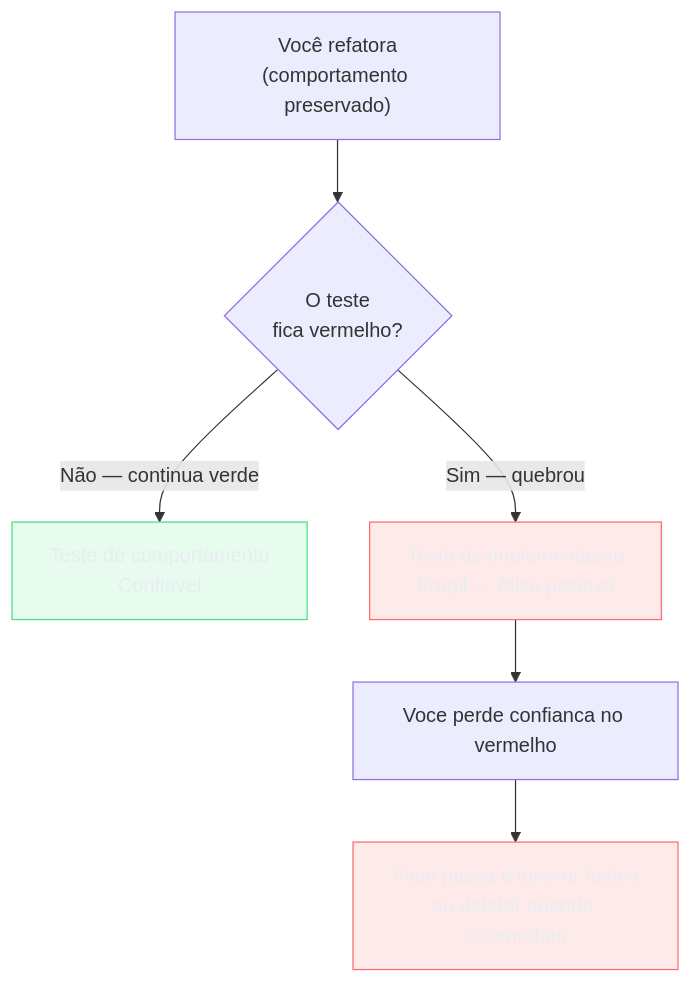
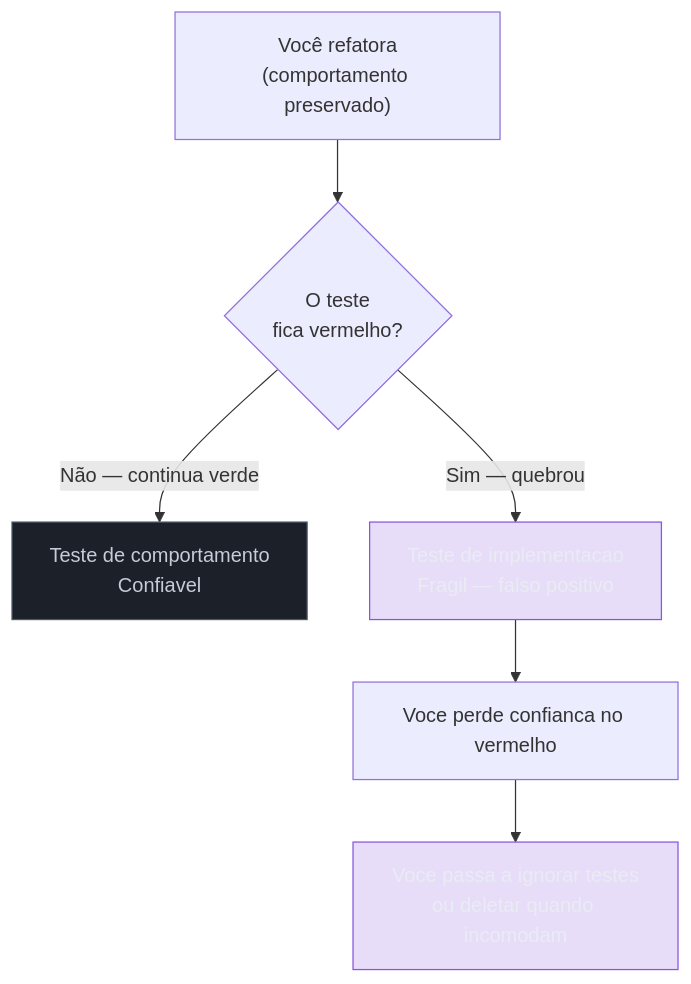
One commit to josenaldo/codex-technomanticus changed the first of 5 diagrams in 03-Dominios/Engenharia/Testes/06 - Testar comportamento, não implementação.md. Above: the diagram before and after it, drawn with Mermaid. The commit also changed other lines of this file and 601 other files, not shown here.

````diff
--- a/03-Dominios/Engenharia/Testes/06 - Testar comportamento, não implementação.md
+++ b/03-Dominios/Engenharia/Testes/06 - Testar comportamento, não implementação.md
@@ -41,14 +41,14 @@
 ```mermaid
 flowchart TD
-    classDef ok fill:#4ADE8021,stroke:#4ADE80,color:#E9ECF2
-    classDef falha fill:#FF6B6B24,stroke:#FF6B6B,color:#E9ECF2
+    classDef marca fill:#8855DF33,stroke:#8855DF,color:#E9ECF2
+    classDef neutro fill:#1B2029,stroke:#4E5666,color:#C6CCD8
     A["Você refatora<br/>(comportamento preservado)"] --> B{"O teste<br/>fica vermelho?"}
     B -->|"Não — continua verde"| C["Teste de comportamento<br/>Confiavel"]
     B -->|"Sim — quebrou"| D["Teste de implementacao<br/>Fragil — falso positivo"]
     D --> E["Voce perde confianca no vermelho"]
     E --> F["Voce passa a ignorar testes<br/>ou deletar quando incomodam"]
 
-    class C ok
-    class D falha
-    class F falha
+    class C neutro
+    class D marca
+    class F marca
 ```
````
